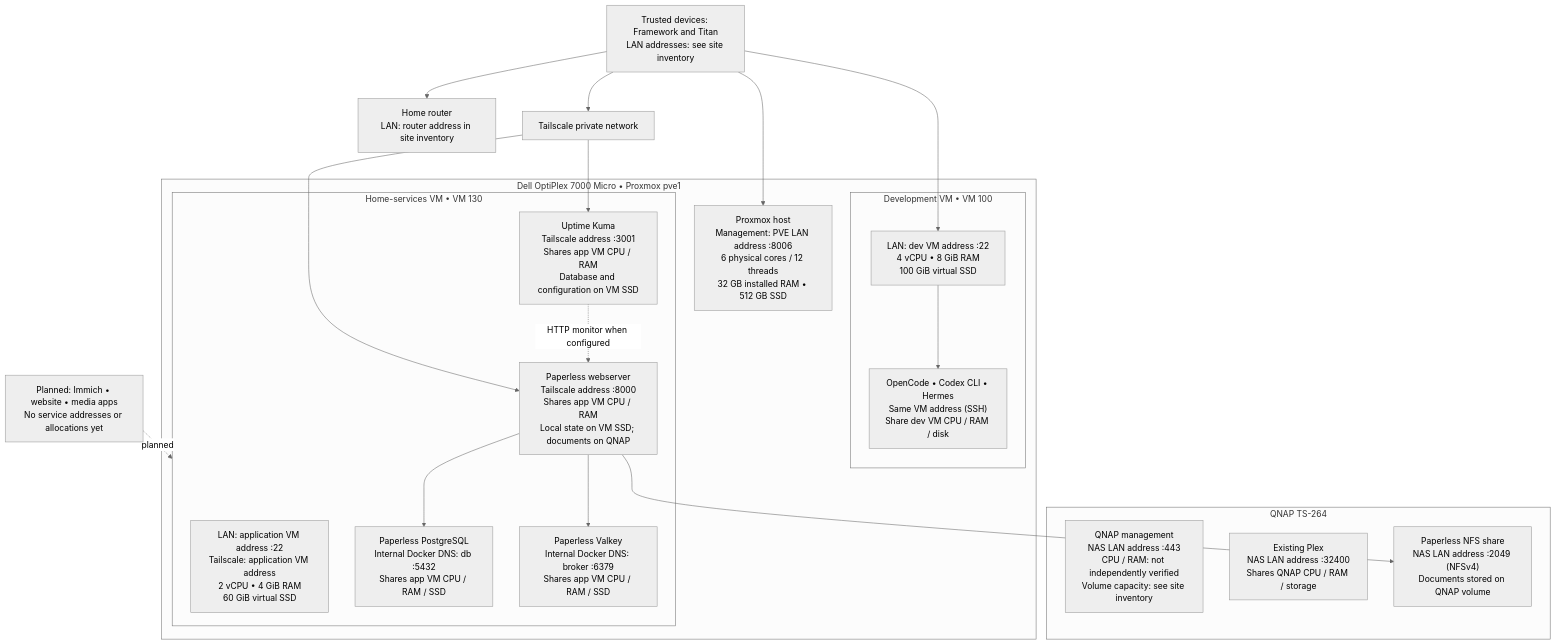
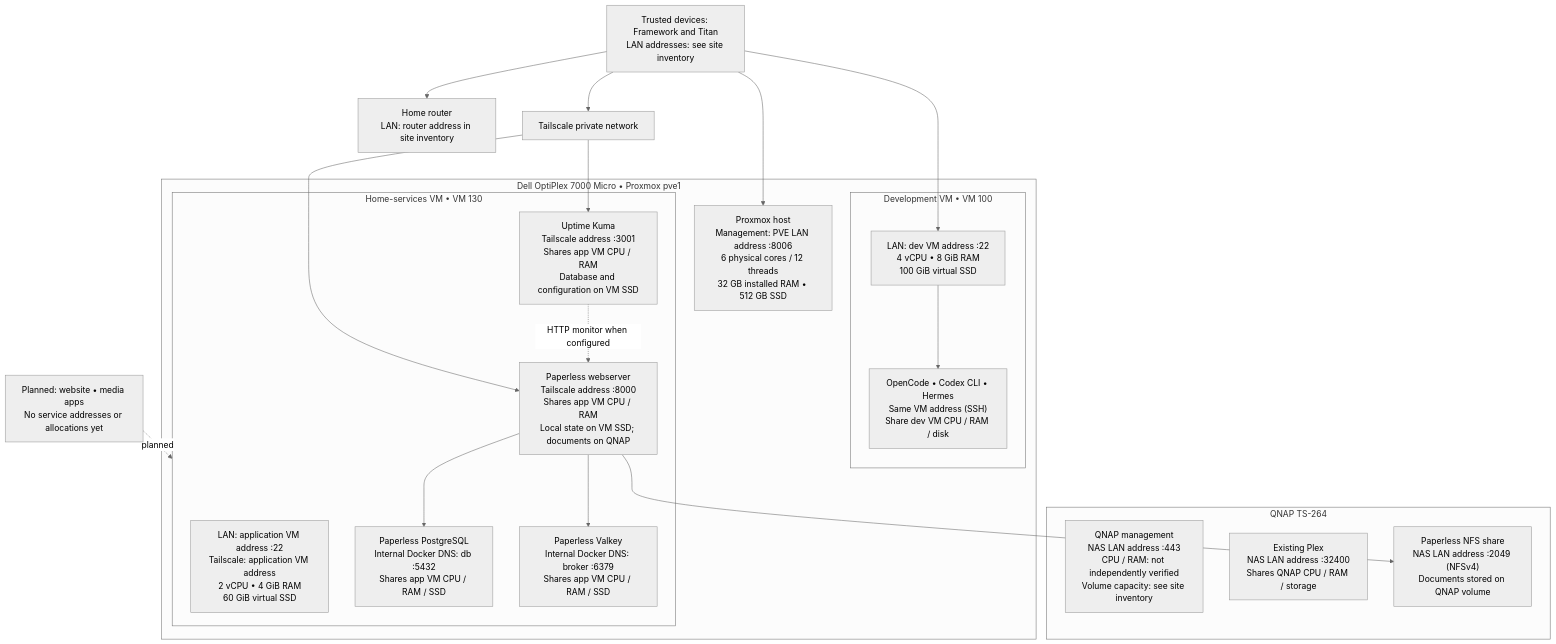
Before and after one commit to kevinofsydney/homelab: the diagram in docs/homelab-diagram.md, drawn with Mermaid (neutral theme). The commit also changed 4 other files, not shown here.

````diff
--- a/docs/homelab-diagram.md
+++ b/docs/homelab-diagram.md
@@ -5,38 +5,38 @@
 ```mermaid
 flowchart TB
     Users["Trusted devices: Framework and Titan<br/>LAN addresses: see site inventory"]
     Router["Home router<br/>LAN: router address in site inventory"]
     Tailnet["Tailscale private network"]
     subgraph Dell["Dell OptiPlex 7000 Micro • Proxmox pve1"]
         PVE["Proxmox host<br/>Management: PVE LAN address :8006<br/>6 physical cores / 12 threads<br/>32 GB installed RAM • 512 GB SSD"]
         subgraph Dev["Development VM • VM 100"]
             DevVM["LAN: dev VM address :22<br/>4 vCPU • 8 GiB RAM<br/>100 GiB virtual SSD"]
             DevTools["OpenCode • Codex CLI • Hermes<br/>Same VM address (SSH)<br/>Share dev VM CPU / RAM / disk"]
         end
         subgraph App["Home-services VM • VM 130"]
             AppVM["LAN: application VM address :22<br/>Tailscale: application VM address<br/>2 vCPU • 4 GiB RAM<br/>60 GiB virtual SSD"]
             Paper["Paperless webserver<br/>Tailscale address :8000<br/>Shares app VM CPU / RAM<br/>Local state on VM SSD; documents on QNAP"]
             DB["Paperless PostgreSQL<br/>Internal Docker DNS: db :5432<br/>Shares app VM CPU / RAM / SSD"]
             Broker["Paperless Valkey<br/>Internal Docker DNS: broker :6379<br/>Shares app VM CPU / RAM / SSD"]
             Kuma["Uptime Kuma<br/>Tailscale address :3001<br/>Shares app VM CPU / RAM<br/>Database and configuration on VM SSD"]
         end
     end
     subgraph NAS["QNAP TS-264"]
         QTS["QNAP management<br/>NAS LAN address :443<br/>CPU / RAM: not independently verified<br/>Volume capacity: see site inventory"]
         Plex["Existing Plex<br/>NAS LAN address :32400<br/>Shares QNAP CPU / RAM / storage"]
         Docs["Paperless NFS share<br/>NAS LAN address :2049 (NFSv4)<br/>Documents stored on QNAP volume"]
     end
-    Future["Planned: Immich • website • media apps<br/>No service addresses or allocations yet"]
+    Future["Planned: website • media apps<br/>No service addresses or allocations yet"]
     Users --> Router
     Users --> Tailnet
     Users --> PVE
     Users --> DevVM
     Tailnet --> Paper
     Tailnet --> Kuma
     DevVM --> DevTools
     Paper --> DB
     Paper --> Broker
     Paper --> Docs
     Kuma -. "HTTP monitor when configured" .-> Paper
     Future -. "planned" .-> App
 ```
````
